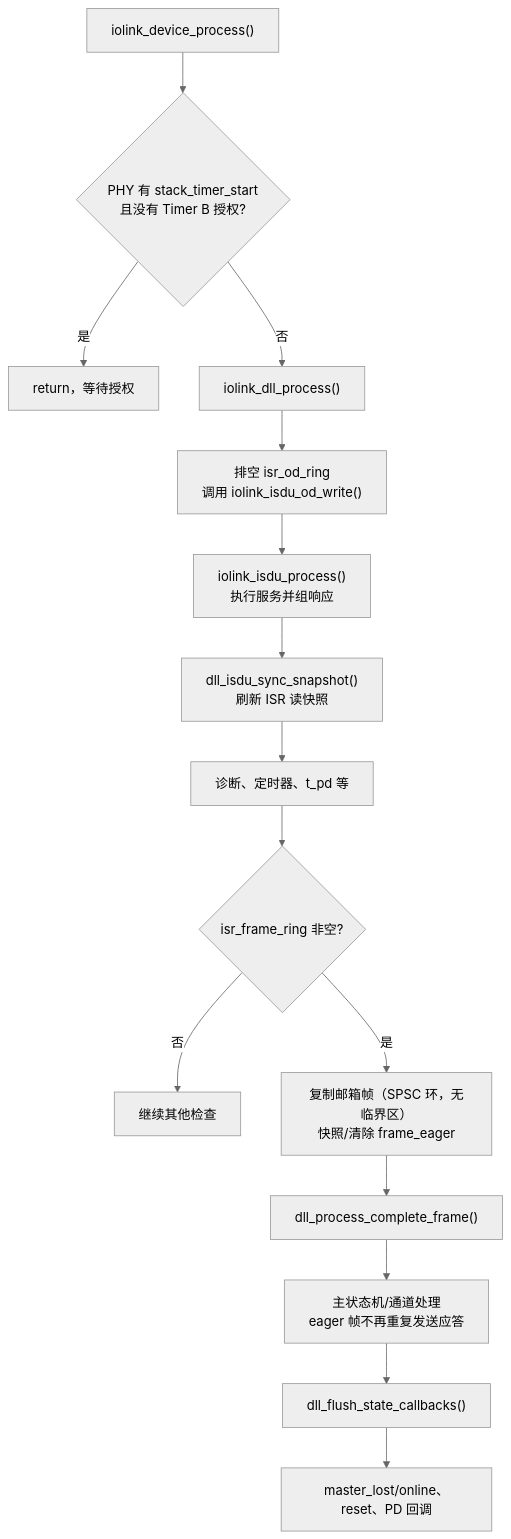
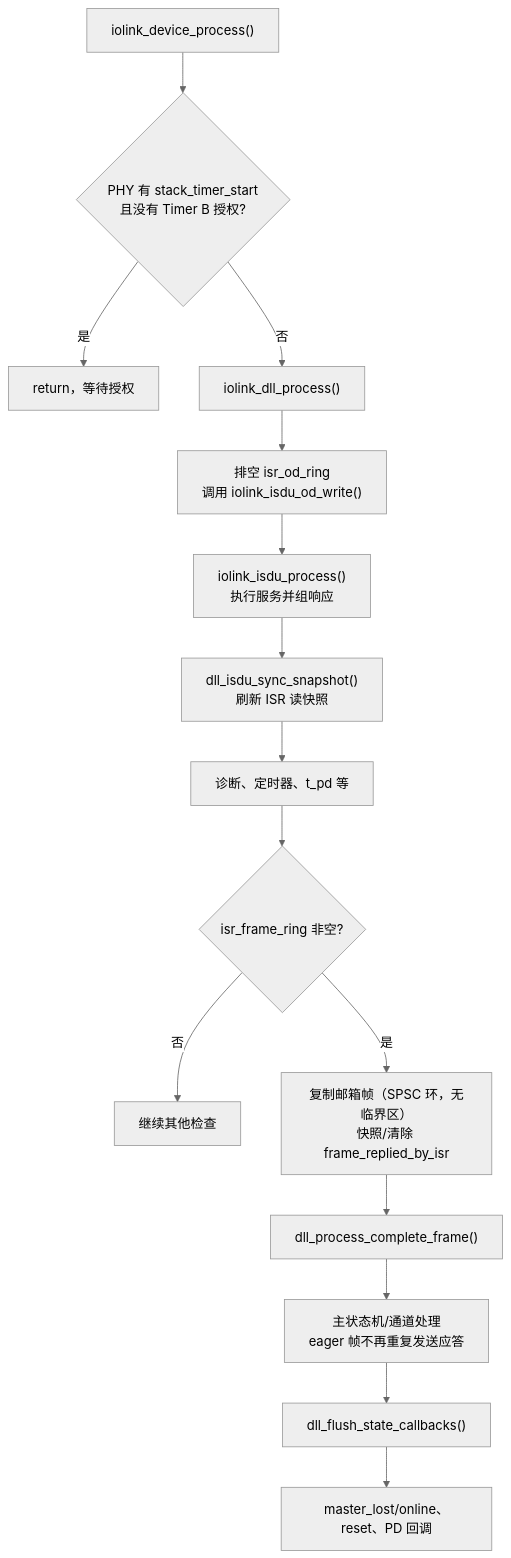
Before and after one commit to Adlyq/iolinki: the fifth of 16 diagrams in docs/CODE_FLOW.md, drawn with Mermaid (neutral theme). The commit also changed other lines of this file and 28 other files, not shown here.

````diff
--- a/docs/CODE_FLOW.md
+++ b/docs/CODE_FLOW.md
@@ -266,17 +266,17 @@
 ```mermaid
 flowchart TD
     A["iolink_device_process()"] --> B{"PHY 有 stack_timer_start<br/>且没有 Timer B 授权?"}
     B -- 是 --> Z["return，等待授权"]
     B -- 否 --> C["iolink_dll_process()"]
     C --> D["排空 isr_od_ring<br/>调用 iolink_isdu_od_write()"]
     D --> E["iolink_isdu_process()<br/>执行服务并组响应"]
     E --> F["dll_isdu_sync_snapshot()<br/>刷新 ISR 读快照"]
     F --> G["诊断、定时器、t_pd 等"]
     G --> H{"isr_frame_ring 非空?"}
     H -- 否 --> I["继续其他检查"]
-    H -- 是 --> J["复制邮箱帧（SPSC 环，无临界区）<br/>快照/清除 frame_eager"]
+    H -- 是 --> J["复制邮箱帧（SPSC 环，无临界区）<br/>快照/清除 frame_replied_by_isr"]
     J --> K["dll_process_complete_frame()"]
     K --> L["主状态机/通道处理<br/>eager 帧不再重复发送应答"]
     L --> M["dll_flush_state_callbacks()"]
     M --> N["master_lost/online、reset、PD 回调"]
 ```
````
